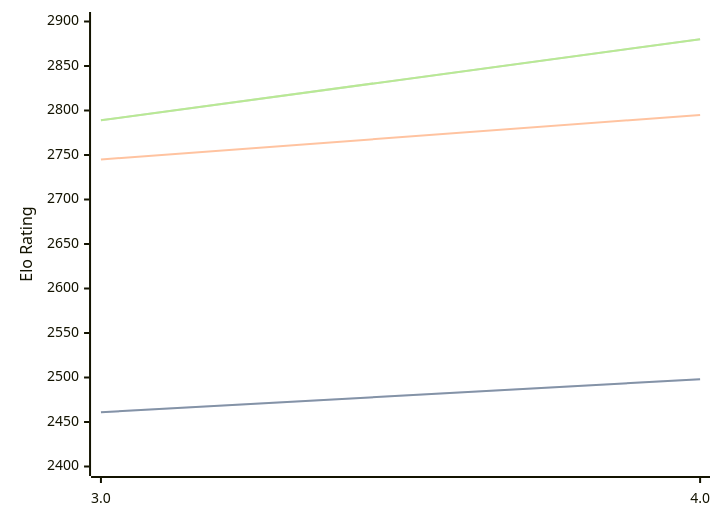
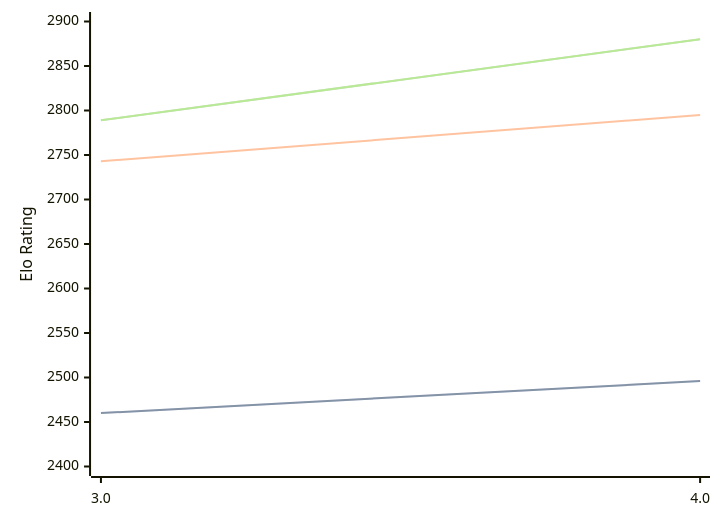
One commit to computer-chess-index/cci changed the first of 3 diagrams in engines/Chess3.md. Above: the diagram before and after it, drawn with Mermaid. The commit also changed other lines of this file, not shown here.

````diff
--- a/engines/Chess3.md
+++ b/engines/Chess3.md
@@ -34,11 +34,11 @@
 ```mermaid
 %%{init: {"theme":"base","themeVariables":{"seriesColors:['#a3a3a3','#222221','#faa371']}}}%%
 xychart-beta
   x-axis ["3.0", "4.0"]
   y-axis "Elo Rating" 2400 --> 2900
-  line "STC (8.0+0.08s)" [2461, 2498]
-  line "STC (8.0+0.08s)" [2461, 2498]
-  line "LTC (60.0+0.60s)" [2745, 2795]
+  line "STC (8.0+0.08s)" [2460, 2496]
+  line "STC (8.0+0.08s)" [2460, 2496]
+  line "LTC (60.0+0.60s)" [2743, 2795]
   line "VLTC (2m24s+1.12s)" [2789, 2880]
   line "VLTC (2m24s+1.12s)" [2789, 2880]
 ```
````
